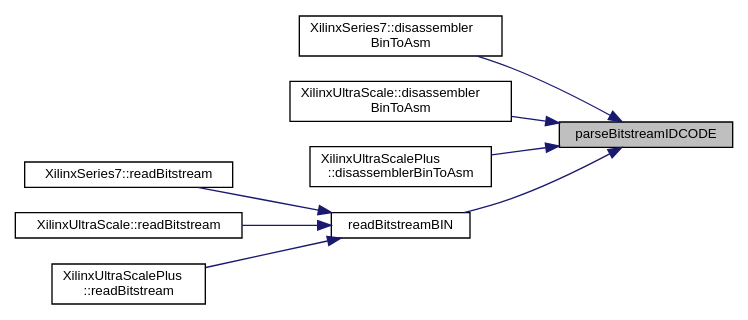
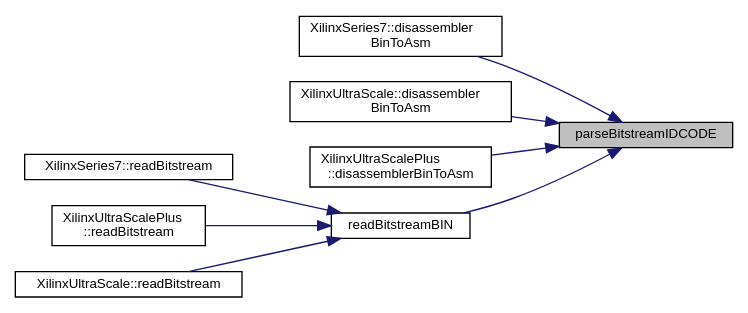
Before and after one commit to FPGA-Research-Manchester/byteman: the diagram in inlineInput_8h_aaca4e37f11bf6f869a9f1296b5b0182a_icgraph.dot, drawn with Graphviz. The commit also changed 747 other files, not shown here.

```diff
--- a/inlineInput_8h_aaca4e37f11bf6f869a9f1296b5b0182a_icgraph.dot
+++ b/inlineInput_8h_aaca4e37f11bf6f869a9f1296b5b0182a_icgraph.dot
@@ -1,23 +1,23 @@
 digraph "parseBitstreamIDCODE"
 {
  // INTERACTIVE_SVG=YES
  // LATEX_PDF_SIZE
   edge [fontname="Helvetica",fontsize="10",labelfontname="Helvetica",labelfontsize="10"];
   node [fontname="Helvetica",fontsize="10",shape=record];
   rankdir="RL";
   Node1 [label="parseBitstreamIDCODE",height=0.2,width=0.4,color="black", fillcolor="grey75", style="filled", fontcolor="black",tooltip=" "];
   Node1 -> Node2 [dir="back",color="midnightblue",fontsize="10",style="solid",fontname="Helvetica"];
   Node2 [label="XilinxSeries7::disassembler\lBinToAsm",height=0.2,width=0.4,color="black", fillcolor="white", style="filled",URL="$classXilinxSeries7.html#a84088520559c05409ffe2526e77fcdf0",tooltip=" "];
   Node1 -> Node3 [dir="back",color="midnightblue",fontsize="10",style="solid",fontname="Helvetica"];
   Node3 [label="XilinxUltraScale::disassembler\lBinToAsm",height=0.2,width=0.4,color="black", fillcolor="white", style="filled",URL="$classXilinxUltraScale.html#a470d66f10ef1212ea12b319f56ab1e07",tooltip=" "];
   Node1 -> Node4 [dir="back",color="midnightblue",fontsize="10",style="solid",fontname="Helvetica"];
   Node4 [label="XilinxUltraScalePlus\l::disassemblerBinToAsm",height=0.2,width=0.4,color="black", fillcolor="white", style="filled",URL="$classXilinxUltraScalePlus.html#a9e8e5752150904ec460d01861957997f",tooltip=" "];
   Node1 -> Node5 [dir="back",color="midnightblue",fontsize="10",style="solid",fontname="Helvetica"];
   Node5 [label="readBitstreamBIN",height=0.2,width=0.4,color="black", fillcolor="white", style="filled",URL="$inlineInput_8h.html#ada7d4f59a2b9aa44680a400d5bd37ec5",tooltip=" "];
   Node5 -> Node6 [dir="back",color="midnightblue",fontsize="10",style="solid",fontname="Helvetica"];
   Node6 [label="XilinxSeries7::readBitstream",height=0.2,width=0.4,color="black", fillcolor="white", style="filled",URL="$classXilinxSeries7.html#a81a5d771b3230f2442613574c522f7c8",tooltip=" "];
   Node5 -> Node7 [dir="back",color="midnightblue",fontsize="10",style="solid",fontname="Helvetica"];
-  Node7 [label="XilinxUltraScale::readBitstream",height=0.2,width=0.4,color="black", fillcolor="white", style="filled",URL="$classXilinxUltraScale.html#a8d9e8e7846e7af191060d73b21024d8a",tooltip=" "];
+  Node7 [label="XilinxUltraScalePlus\l::readBitstream",height=0.2,width=0.4,color="black", fillcolor="white", style="filled",URL="$classXilinxUltraScalePlus.html#a0e5d08a2e5c37a29a1a04d50b48739d2",tooltip=" "];
   Node5 -> Node8 [dir="back",color="midnightblue",fontsize="10",style="solid",fontname="Helvetica"];
-  Node8 [label="XilinxUltraScalePlus\l::readBitstream",height=0.2,width=0.4,color="black", fillcolor="white", style="filled",URL="$classXilinxUltraScalePlus.html#a0e5d08a2e5c37a29a1a04d50b48739d2",tooltip=" "];
+  Node8 [label="XilinxUltraScale::readBitstream",height=0.2,width=0.4,color="black", fillcolor="white", style="filled",URL="$classXilinxUltraScale.html#a8d9e8e7846e7af191060d73b21024d8a",tooltip=" "];
 }
```
